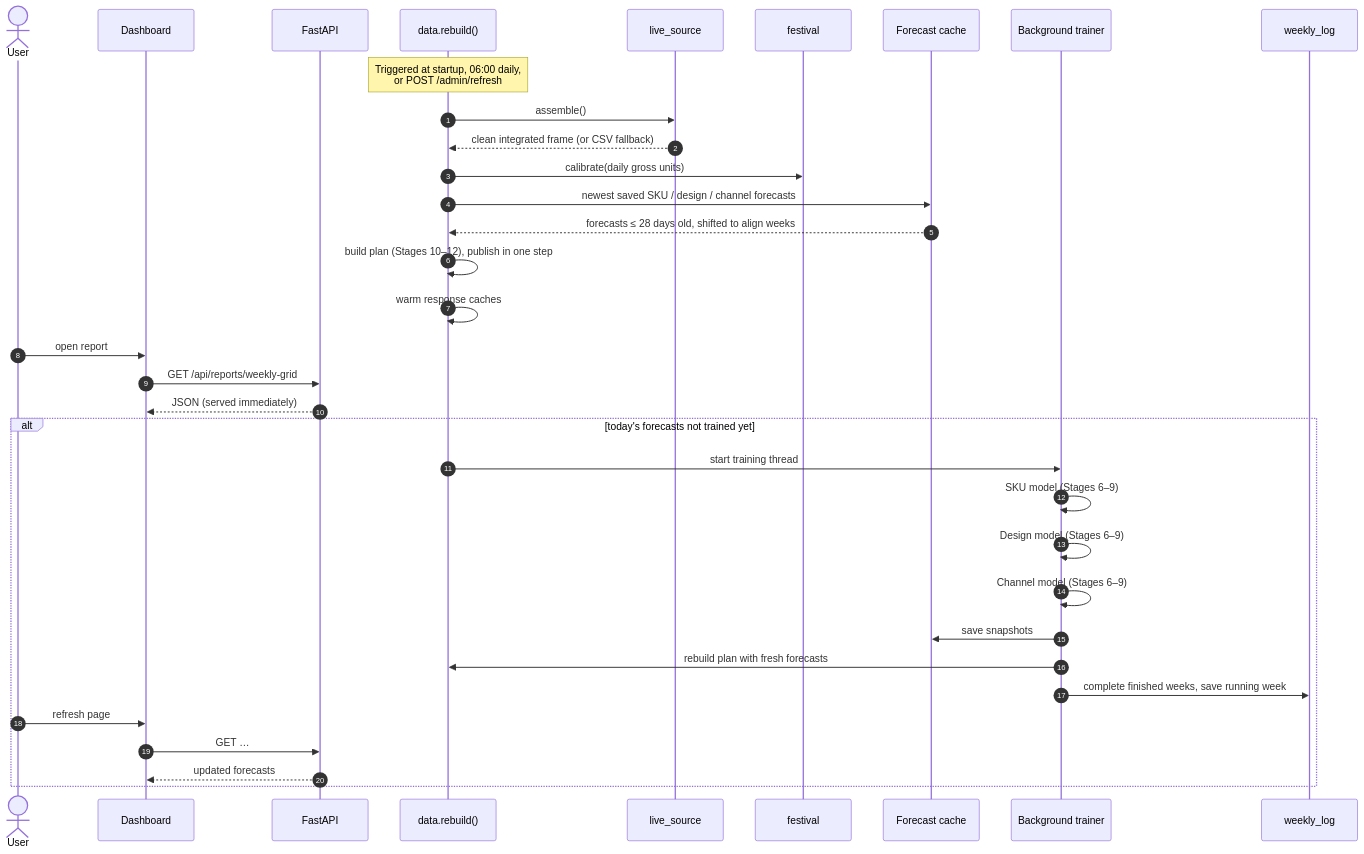
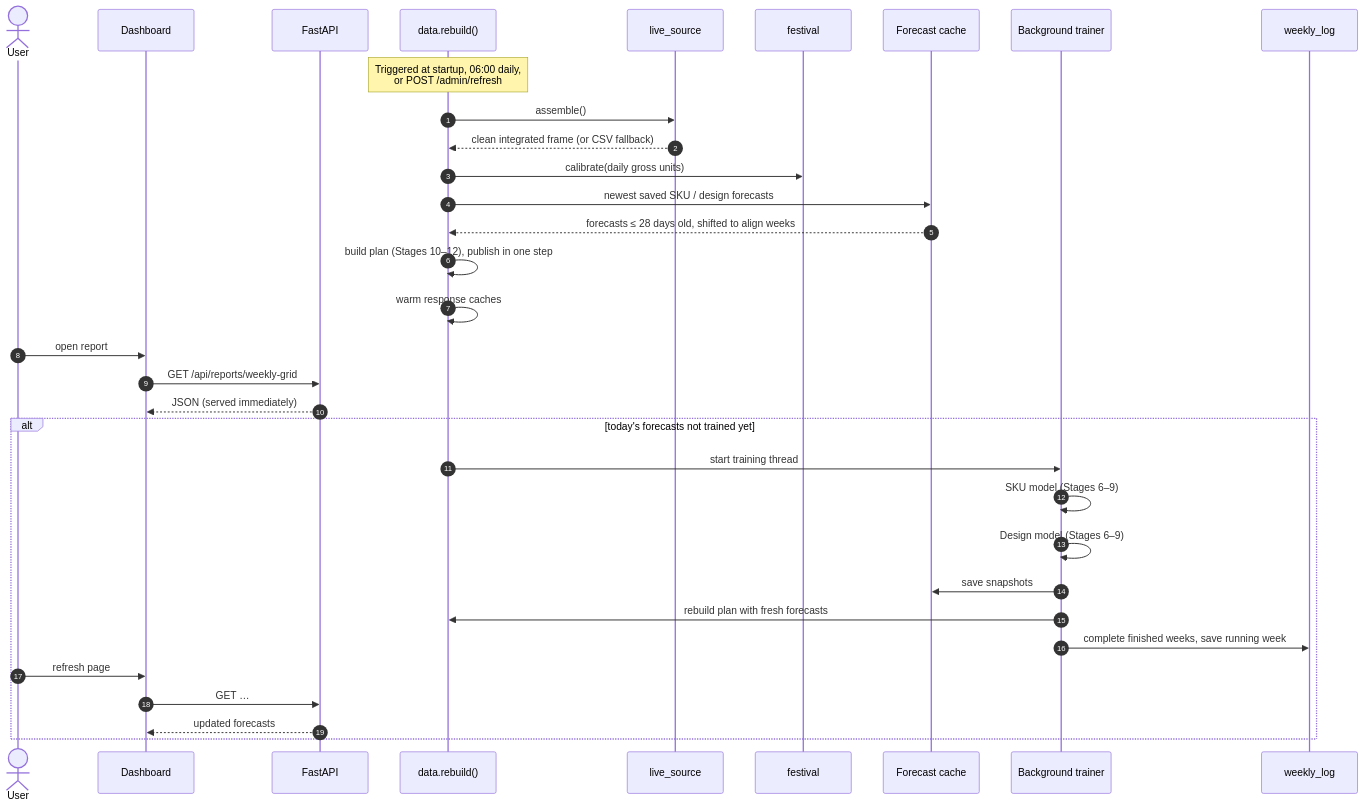
One commit to orlindatabase-lang/Demand-Forecasting changed diagram 24 of 27 in README.md. Above: the diagram before and after it, drawn with Mermaid. The commit also changed other lines of this file and 13 other files, not shown here.

````diff
--- a/README.md
+++ b/README.md
@@ -942,37 +912,36 @@
 ```mermaid
 sequenceDiagram
     autonumber
     actor User
     participant UI as Dashboard
     participant API as FastAPI
     participant D as data.rebuild()
     participant L as live_source
     participant F as festival
     participant C as Forecast cache
     participant T as Background trainer
     participant W as weekly_log
 
     Note over D: Triggered at startup, 06:00 daily,<br/>or POST /admin/refresh
     D->>L: assemble()
     L-->>D: clean integrated frame (or CSV fallback)
     D->>F: calibrate(daily gross units)
-    D->>C: newest saved SKU / design / channel forecasts
+    D->>C: newest saved SKU / design forecasts
     C-->>D: forecasts ≤ 28 days old, shifted to align weeks
     D->>D: build plan (Stages 10–12), publish in one step
     D->>D: warm response caches
     User->>UI: open report
     UI->>API: GET /api/reports/weekly-grid
     API-->>UI: JSON (served immediately)
     alt today's forecasts not trained yet
         D->>T: start training thread
         T->>T: SKU model (Stages 6–9)
         T->>T: Design model (Stages 6–9)
-        T->>T: Channel model (Stages 6–9)
         T->>C: save snapshots
         T->>D: rebuild plan with fresh forecasts
         T->>W: complete finished weeks, save running week
         User->>UI: refresh page
         UI->>API: GET …
         API-->>UI: updated forecasts
     end
 ```
````
